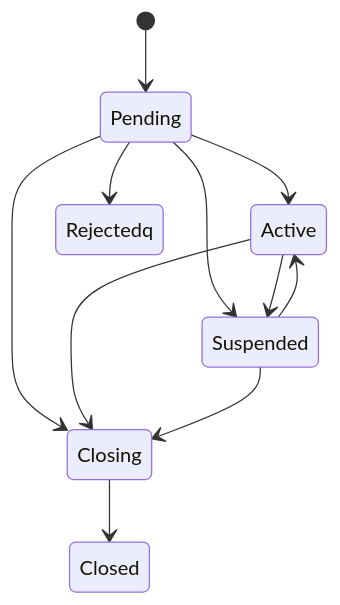
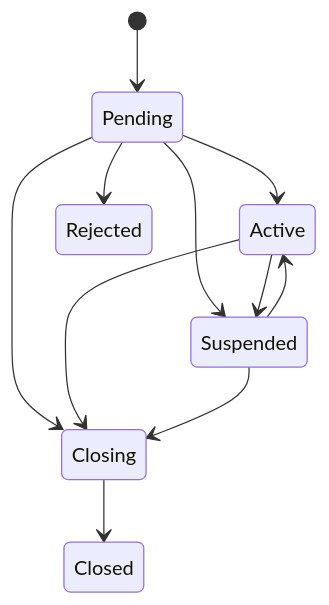
Before and after one commit to wealthkernel/api-documentation-guides: the second of 2 diagrams in docs/accounts/Basics.md, drawn with Mermaid.

Commit message:
Remove stray 'q'

````diff
--- a/docs/accounts/Basics.md
+++ b/docs/accounts/Basics.md
@@ -38,13 +38,13 @@
 ```mermaid
 stateDiagram-v2
     [*] --> Pending
     Pending --> Active
     Pending --> Suspended
     Pending --> Closing
-    Pending --> Rejectedq
+    Pending --> Rejected
     Active --> Suspended
     Active --> Closing
     Suspended --> Active
     Suspended --> Closing
     Closing --> Closed
 ```
````
